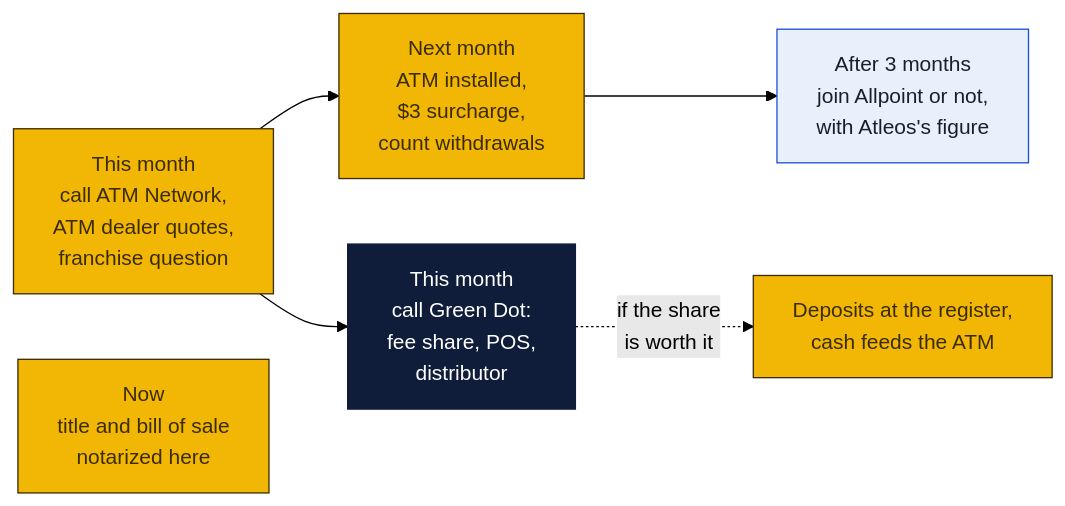
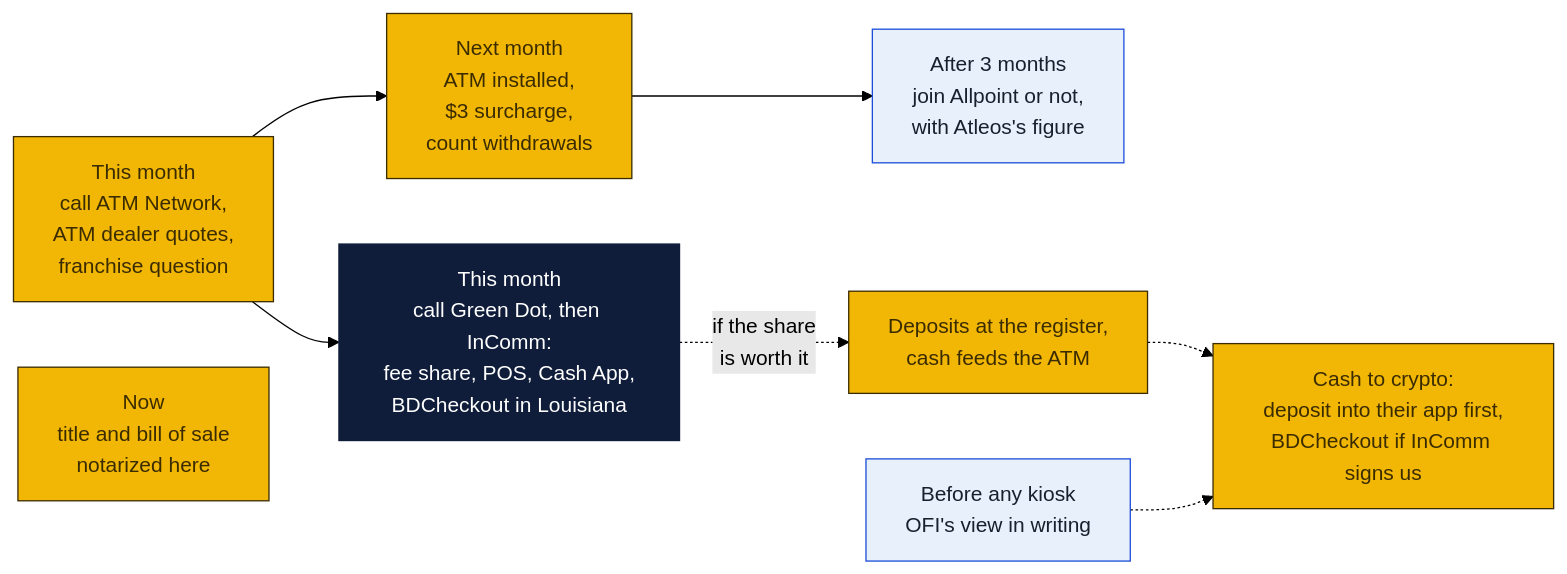
Before and after one commit to wbp318/goin-postal-forsythe: the eighth of 8 diagrams in monetization/cash-services/README.md, drawn with Mermaid (forest theme). The commit also changed other lines of this file and 4 other files, not shown here.

First line of the commit message:
Cash services plan: deposits for every online bank and app, and cash to crypto as a licensed company's agent; version 1.87.2

````diff
--- a/monetization/cash-services/README.md
+++ b/monetization/cash-services/README.md
@@ -238,11 +323,13 @@
 ```mermaid
 flowchart LR
   A["This month<br/>call ATM Network,<br/>ATM dealer quotes,<br/>franchise question"]:::local --> B["Next month<br/>ATM installed,<br/>$3 surcharge,<br/>count withdrawals"]:::local
-  A --> G["This month<br/>call Green Dot:<br/>fee share, POS,<br/>distributor"]:::cloud
+  A --> G["This month<br/>call Green Dot, then InComm:<br/>fee share, POS, Cash App,<br/>BDCheckout in Louisiana"]:::cloud
   B --> C["After 3 months<br/>join Allpoint or not,<br/>with Atleos's figure"]:::you
   G -.->|"if the share<br/>is worth it"| GD["Deposits at the register,<br/>cash feeds the ATM"]:::local
+  GD -.-> CR["Cash to crypto:<br/>deposit into their app first,<br/>BDCheckout if InComm signs us"]:::local
+  O["Before any kiosk<br/>OFI's view in writing"]:::you -.-> CR
   N["Now<br/>title and bill of sale<br/>notarized here"]:::local
   classDef local fill:#f2b705,stroke:#3b2c00,color:#3b2c00
   classDef cloud fill:#0f1d3a,stroke:#0f1d3a,color:#ffffff
   classDef you fill:#e8f1fb,stroke:#1d4ed8,color:#17202d
 ```
````
